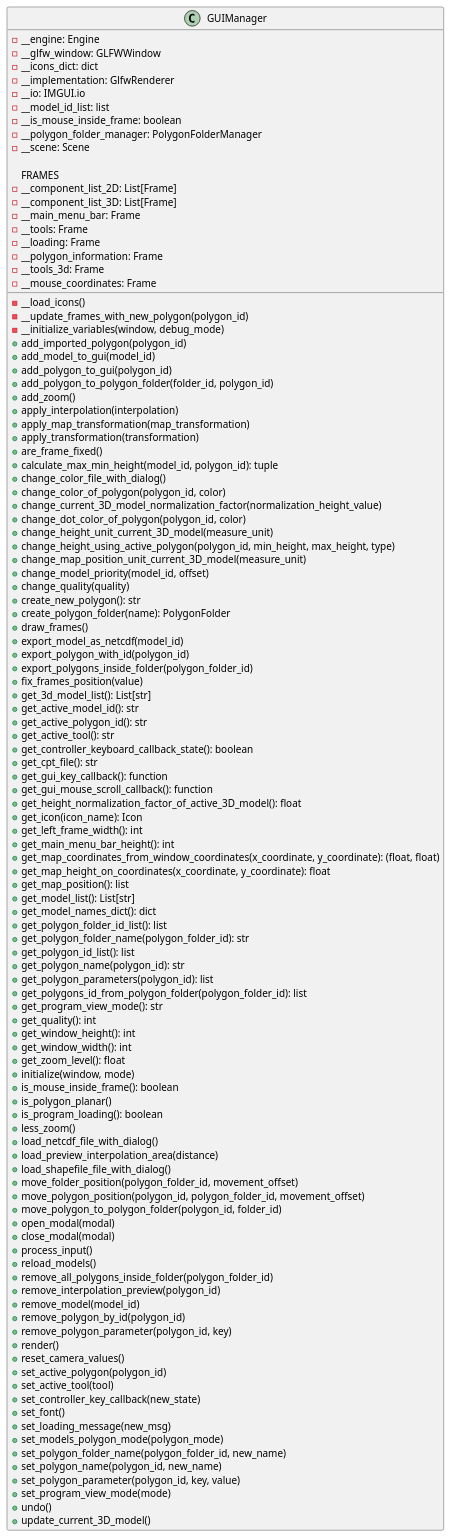
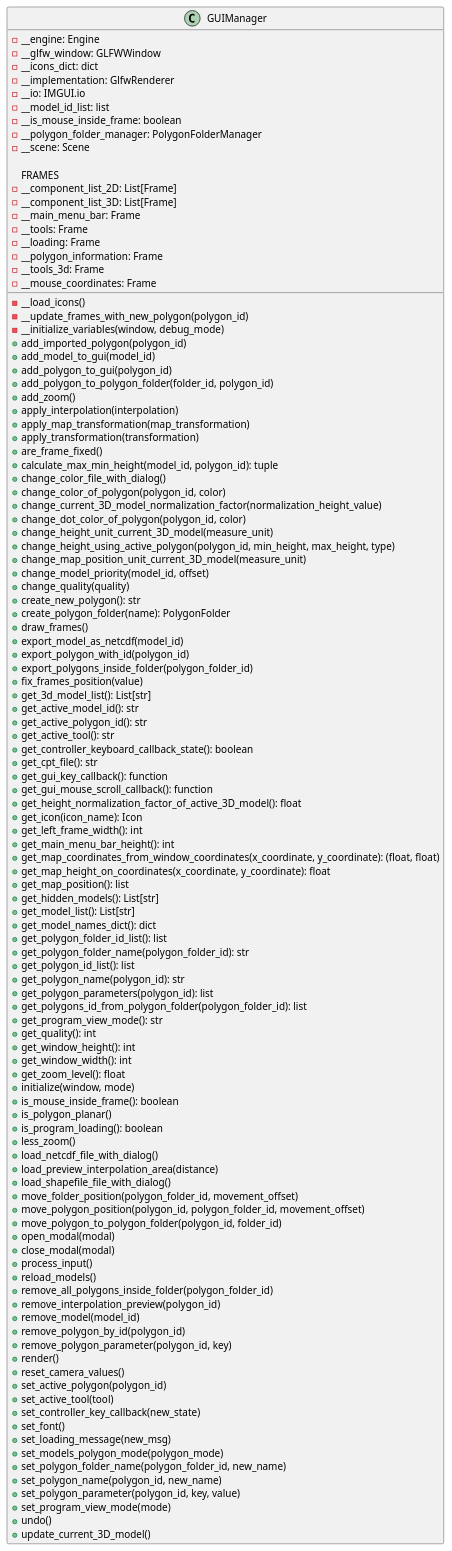
One commit to ferpoble2/Relief_Creator changed the diagram in docs/classes/GUIManager.puml. Above: the diagram before and after it, drawn with PlantUML. The commit also changed 2 other files, not shown here.

```diff
--- a/docs/classes/GUIManager.puml
+++ b/docs/classes/GUIManager.puml
@@ -1,116 +1,117 @@
 @startuml
 'https://plantuml.com/class-diagram
 class GUIManager{
     - __engine: Engine
     - __glfw_window: GLFWWindow
     - __icons_dict: dict
     - __implementation: GlfwRenderer
     - __io: IMGUI.io
     - __model_id_list: list
     - __is_mouse_inside_frame: boolean
     - __polygon_folder_manager: PolygonFolderManager
     - __scene: Scene
 
     FRAMES
     - __component_list_2D: List[Frame]
     - __component_list_3D: List[Frame]
     - __main_menu_bar: Frame
     - __tools: Frame
     - __loading: Frame
     - __polygon_information: Frame
     - __tools_3d: Frame
     - __mouse_coordinates: Frame
 
     - __load_icons()
     - __update_frames_with_new_polygon(polygon_id)
     - __initialize_variables(window, debug_mode)
     + add_imported_polygon(polygon_id)
     + add_model_to_gui(model_id)
     + add_polygon_to_gui(polygon_id)
     + add_polygon_to_polygon_folder(folder_id, polygon_id)
     + add_zoom()
     + apply_interpolation(interpolation)
     + apply_map_transformation(map_transformation)
     + apply_transformation(transformation)
     + are_frame_fixed()
     + calculate_max_min_height(model_id, polygon_id): tuple
     + change_color_file_with_dialog()
     + change_color_of_polygon(polygon_id, color)
     + change_current_3D_model_normalization_factor(normalization_height_value)
     + change_dot_color_of_polygon(polygon_id, color)
     + change_height_unit_current_3D_model(measure_unit)
     + change_height_using_active_polygon(polygon_id, min_height, max_height, type)
     + change_map_position_unit_current_3D_model(measure_unit)
     + change_model_priority(model_id, offset)
     + change_quality(quality)
     + create_new_polygon(): str
     + create_polygon_folder(name): PolygonFolder
     + draw_frames()
     + export_model_as_netcdf(model_id)
     + export_polygon_with_id(polygon_id)
     + export_polygons_inside_folder(polygon_folder_id)
     + fix_frames_position(value)
     + get_3d_model_list(): List[str]
     + get_active_model_id(): str
     + get_active_polygon_id(): str
     + get_active_tool(): str
     + get_controller_keyboard_callback_state(): boolean
     + get_cpt_file(): str
     + get_gui_key_callback(): function
     + get_gui_mouse_scroll_callback(): function
     + get_height_normalization_factor_of_active_3D_model(): float
     + get_icon(icon_name): Icon
     + get_left_frame_width(): int
     + get_main_menu_bar_height(): int
     + get_map_coordinates_from_window_coordinates(x_coordinate, y_coordinate): (float, float)
     + get_map_height_on_coordinates(x_coordinate, y_coordinate): float
     + get_map_position(): list
+    + get_hidden_models(): List[str]
     + get_model_list(): List[str]
     + get_model_names_dict(): dict
     + get_polygon_folder_id_list(): list
     + get_polygon_folder_name(polygon_folder_id): str
     + get_polygon_id_list(): list
     + get_polygon_name(polygon_id): str
     + get_polygon_parameters(polygon_id): list
     + get_polygons_id_from_polygon_folder(polygon_folder_id): list
     + get_program_view_mode(): str
     + get_quality(): int
     + get_window_height(): int
     + get_window_width(): int
     + get_zoom_level(): float
     + initialize(window, mode)
     + is_mouse_inside_frame(): boolean
     + is_polygon_planar()
     + is_program_loading(): boolean
     + less_zoom()
     + load_netcdf_file_with_dialog()
     + load_preview_interpolation_area(distance)
     + load_shapefile_file_with_dialog()
     + move_folder_position(polygon_folder_id, movement_offset)
     + move_polygon_position(polygon_id, polygon_folder_id, movement_offset)
     + move_polygon_to_polygon_folder(polygon_id, folder_id)
     + open_modal(modal)
     + close_modal(modal)
     + process_input()
     + reload_models()
     + remove_all_polygons_inside_folder(polygon_folder_id)
     + remove_interpolation_preview(polygon_id)
     + remove_model(model_id)
     + remove_polygon_by_id(polygon_id)
     + remove_polygon_parameter(polygon_id, key)
     + render()
     + reset_camera_values()
     + set_active_polygon(polygon_id)
     + set_active_tool(tool)
     + set_controller_key_callback(new_state)
     + set_font()
     + set_loading_message(new_msg)
     + set_models_polygon_mode(polygon_mode)
     + set_polygon_folder_name(polygon_folder_id, new_name)
     + set_polygon_name(polygon_id, new_name)
     + set_polygon_parameter(polygon_id, key, value)
     + set_program_view_mode(mode)
     + undo()
     + update_current_3D_model()
 }
 @enduml
```
